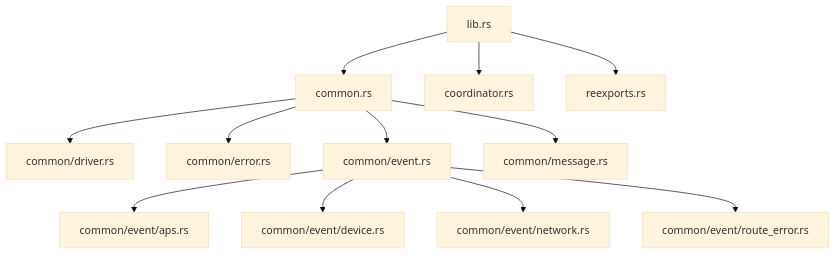
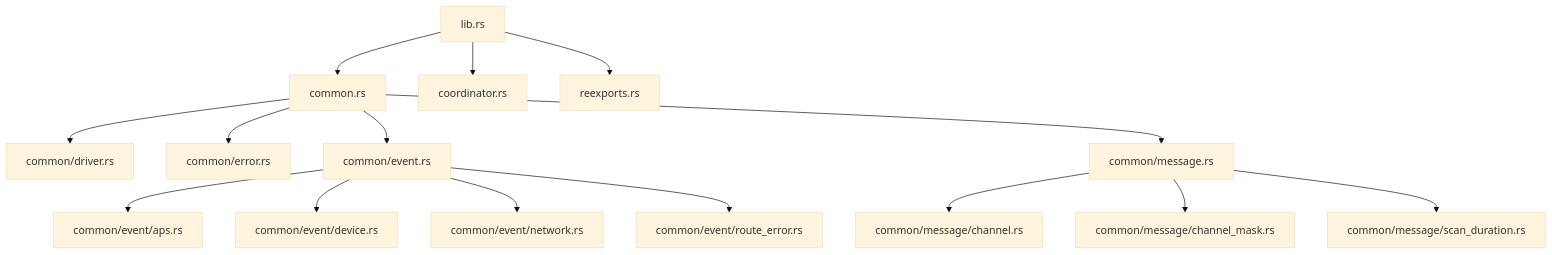
One commit to PaulmannLighting/apis-saltans changed the third of 3 diagrams in hw/ARCHITECTURE.md. Above: the diagram before and after it, drawn with Mermaid (base theme). The commit also changed other lines of this file and 31 other files, not shown here.

````diff
--- a/hw/ARCHITECTURE.md
+++ b/hw/ARCHITECTURE.md
@@ -88,14 +92,17 @@
 ```mermaid
 flowchart TD
     L[lib.rs] --> C[common.rs]
     L --> N[coordinator.rs]
     L --> R[reexports.rs]
     C --> D[common/driver.rs]
     C --> E[common/error.rs]
     C --> V[common/event.rs]
     C --> M[common/message.rs]
+    M --> CH[common/message/channel.rs]
+    M --> CM[common/message/channel_mask.rs]
+    M --> SD[common/message/scan_duration.rs]
     V --> AV[common/event/aps.rs]
     V --> DV[common/event/device.rs]
     V --> NV[common/event/network.rs]
     V --> RV[common/event/route_error.rs]
 ```
````
